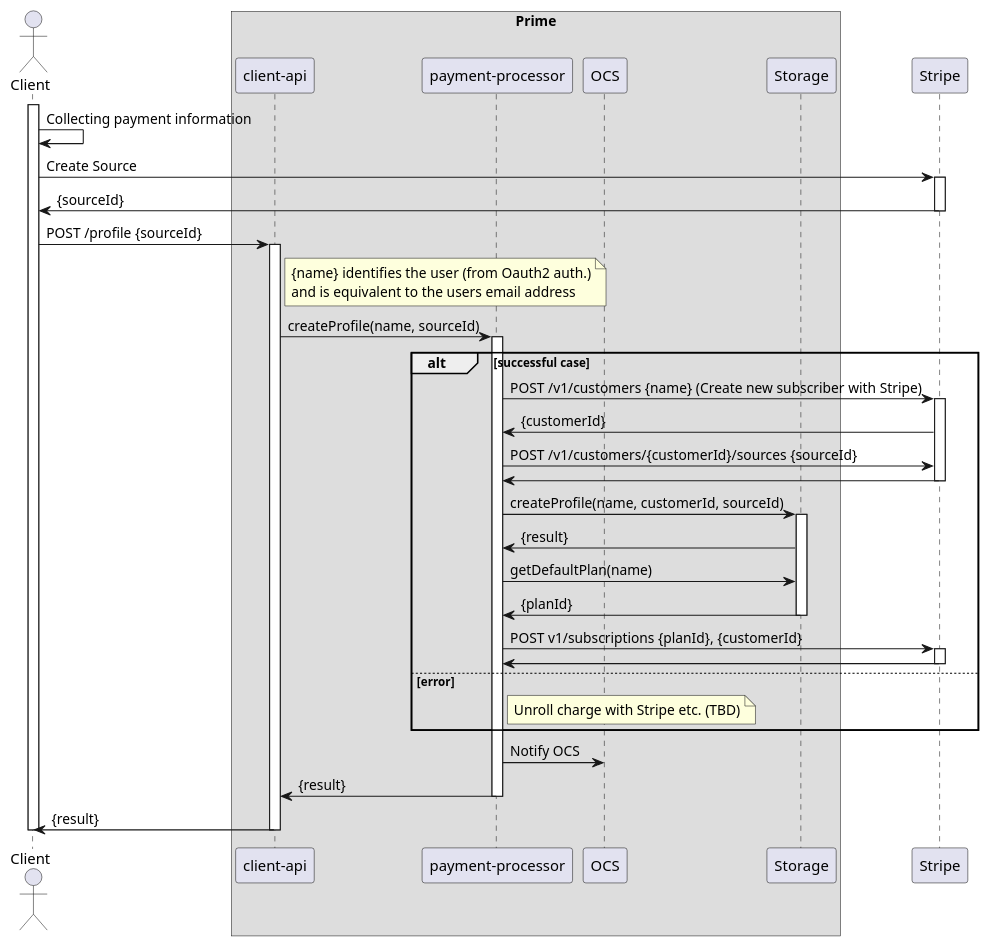
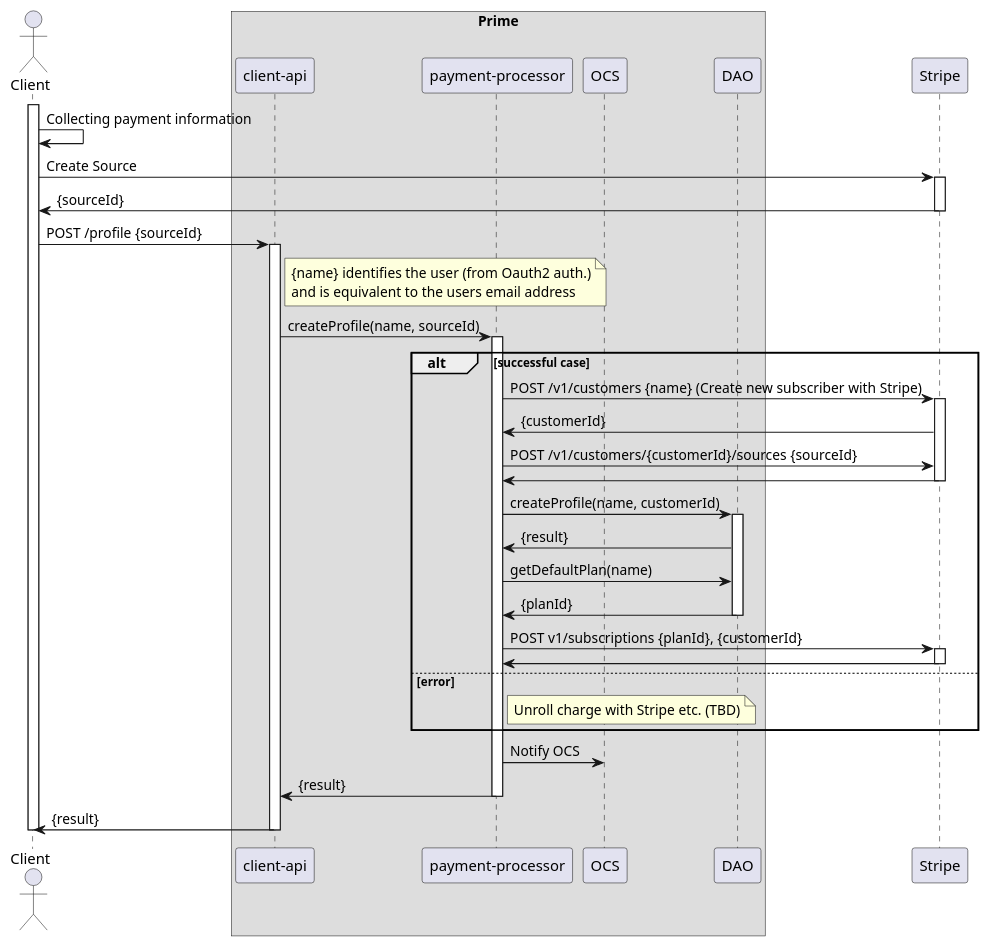
The diagram in payment-processor/doc/puml/create-new-subscriber.puml (ostelco/ostelco-core), drawn with PlantUML before and after one commit. The commit also changed 2 other files, not shown here.

Commit message:
Minor updates to 'new-subscriber' and 'purchase' flow diagrams

```diff
--- a/payment-processor/doc/puml/create-new-subscriber.puml
+++ b/payment-processor/doc/puml/create-new-subscriber.puml
@@ -1,69 +1,69 @@
 @startuml
 
 actor Client
 participant Client
 
 box "Prime"
     participant "client-api"
     participant "payment-processor"
     participant OCS
-    participant Storage
+    participant DAO
 end box
 participant Stripe
 
 activate Client
     Client -> Client : Collecting payment information
 
     Client -> Stripe : Create Source
     activate Stripe
     Stripe -> Client : {sourceId}
     deactivate Stripe
 
     Client -> "client-api": POST /profile {sourceId}
     activate "client-api"
     note right of "client-api"
        {name} identifies the user (from Oauth2 auth.)
        and is equivalent to the users email address
     end note
 
     "client-api" -> "payment-processor" : createProfile(name, sourceId)
     activate "payment-processor"
 
     alt successful case
        "payment-processor" -> Stripe : POST /v1/customers {name} (Create new subscriber with Stripe)
        activate Stripe
        "Stripe" -> "payment-processor" : {customerId}
 
        "payment-processor" -> Stripe : POST /v1/customers/{customerId}/sources {sourceId}
        "Stripe" -> "payment-processor"
        deactivate Stripe
 
-       "payment-processor" -> Storage : createProfile(name, customerId, sourceId)
-       activate Storage
-       Storage -> "payment-processor" : {result}
+       "payment-processor" -> DAO : createProfile(name, customerId)
+       activate DAO
+       DAO -> "payment-processor" : {result}
 
-       "payment-processor" -> Storage : getDefaultPlan(name)
-       Storage -> "payment-processor" : {planId}
-       deactivate Storage
+       "payment-processor" -> DAO : getDefaultPlan(name)
+       DAO -> "payment-processor" : {planId}
+       deactivate DAO
 
        "payment-processor" -> Stripe : POST v1/subscriptions {planId}, {customerId}
        activate Stripe
        "Stripe" -> "payment-processor"
        deactivate Stripe
 
     else error
        note right of "payment-processor" : Unroll charge with Stripe etc. (TBD)
 
     end
 
     "payment-processor" -> OCS : Notify OCS
 
     "payment-processor" -> "client-api" : {result}
     deactivate "payment-processor"
 
     "client-api" -> Client : {result}
     deactivate "client-api"
 
 deactivate Client
 
 @enduml
```
